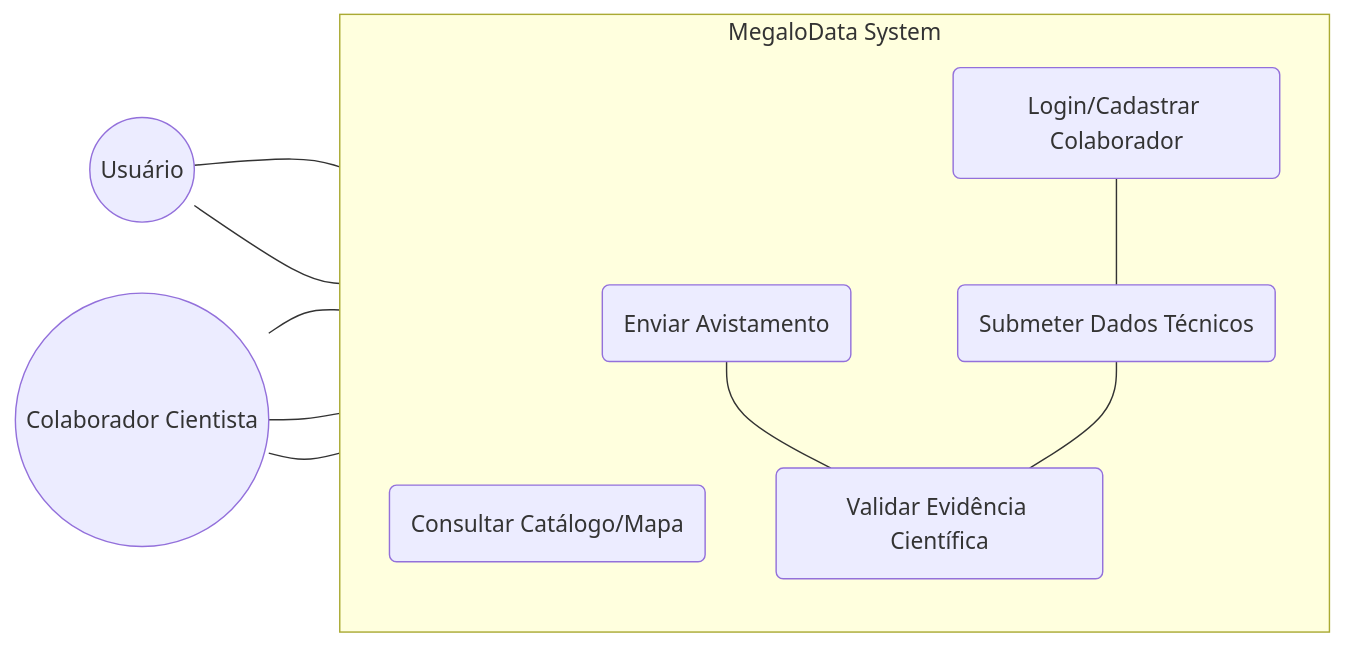
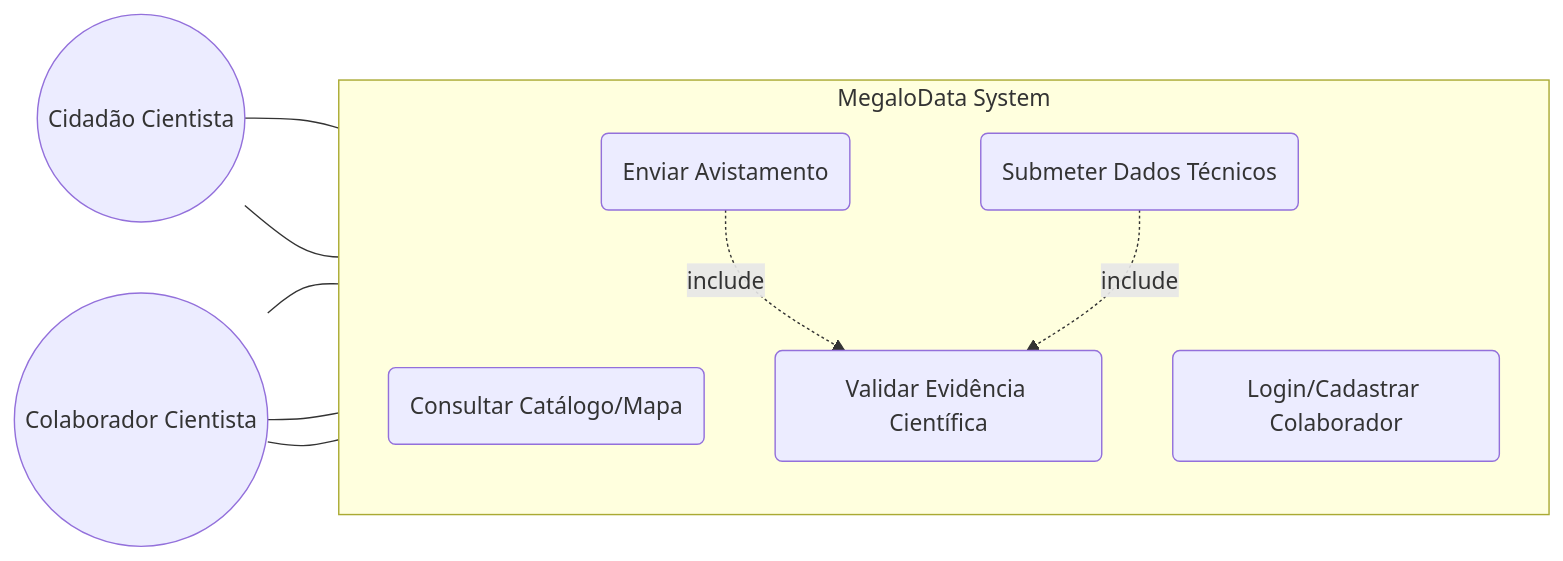
The first of 3 diagrams in README.md (Stelariz/MegaloData-Enciclop-dia-de-Identifica-o-de-Elasmobr-nquios), drawn with Mermaid before and after one commit. The commit also changed other lines of this file, not shown here.

````diff
--- a/README.md
+++ b/README.md
@@ -102,23 +132,22 @@
 ```mermaid
 graph LR
-    Cidadao((Usuário))
+    Cidadao((Cidadão Cientista))
     Colab((Colaborador Cientista))
     
     subgraph "MegaloData System"
         direction TB
         UC1(Consultar Catálogo/Mapa)
         UC2(Enviar Avistamento)
         UC3(Login/Cadastrar Colaborador)
         UC4(Submeter Dados Técnicos)
         UC5(Validar Evidência Científica)
     end
 
     Cidadao --- UC1
     Cidadao --- UC2
     Colab --- UC1
-    Colab --- UC2
     Colab --- UC3
-    UC3 --- UC4
-    UC2 --- UC5
-    UC4 --- UC5
+    Colab --- UC4
+    UC2 -. include .-> UC5
+    UC4 -. include .-> UC5
 ```
````
